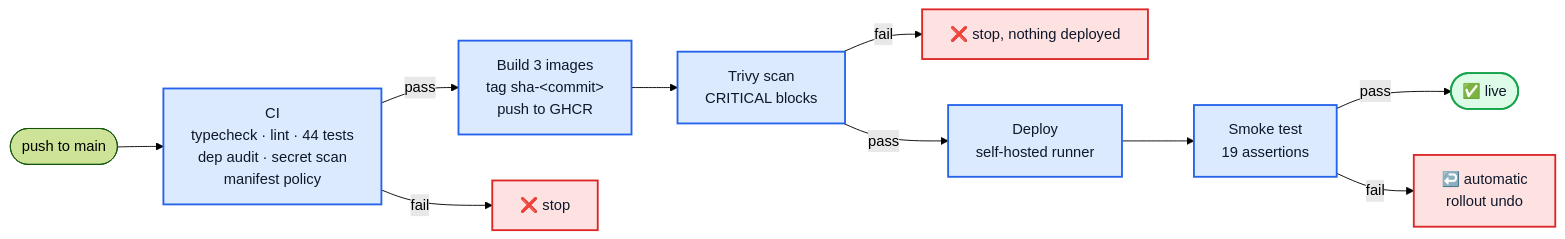
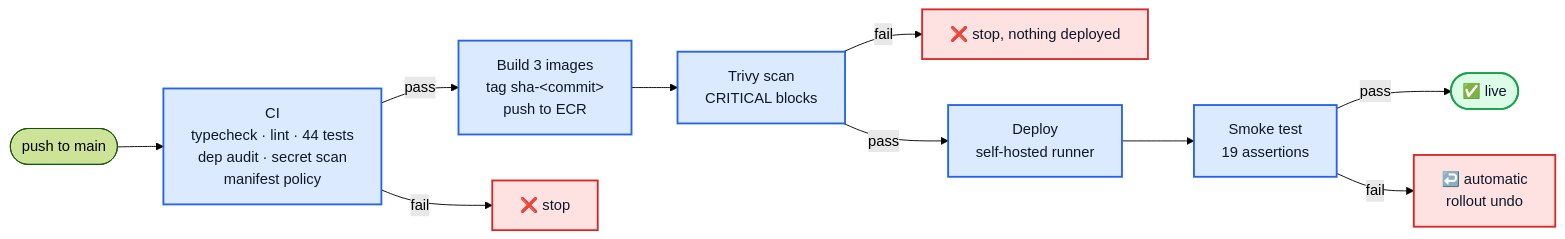
One commit to shankasf/small_migration changed the fourth of 4 diagrams in README.md. Above: the diagram before and after it, drawn with Mermaid (forest theme). The commit also changed other lines of this file and 11 other files, not shown here.

````diff
--- a/README.md
+++ b/README.md
@@ -343,19 +346,19 @@
 ```mermaid
 flowchart LR
     P(["push to main"]) --> CI["CI<br/>typecheck · lint · 44 tests<br/>dep audit · secret scan<br/>manifest policy"]
-    CI -- pass --> B["Build 3 images<br/>tag sha-&lt;commit&gt;<br/>push to GHCR"]
+    CI -- pass --> B["Build 3 images<br/>tag sha-&lt;commit&gt;<br/>push to ECR"]
     CI -- fail --> X1["❌ stop"]
     B --> SC["Trivy scan<br/>CRITICAL blocks"]
     SC -- fail --> X2["❌ stop, nothing deployed"]
     SC -- pass --> D["Deploy<br/>self-hosted runner"]
     D --> SM["Smoke test<br/>19 assertions"]
     SM -- pass --> OK(["✅ live"])
     SM -- fail --> RB["↩️ automatic<br/>rollout undo"]
 
     classDef ok fill:#dcfce7,stroke:#16a34a,stroke-width:2px,color:#0f172a
     classDef bad fill:#fee2e2,stroke:#dc2626,stroke-width:2px,color:#0f172a
     classDef step fill:#dbeafe,stroke:#2563eb,stroke-width:2px,color:#0f172a
     class OK ok
     class X1,X2,RB bad
     class CI,B,SC,D,SM step
 ```
````
